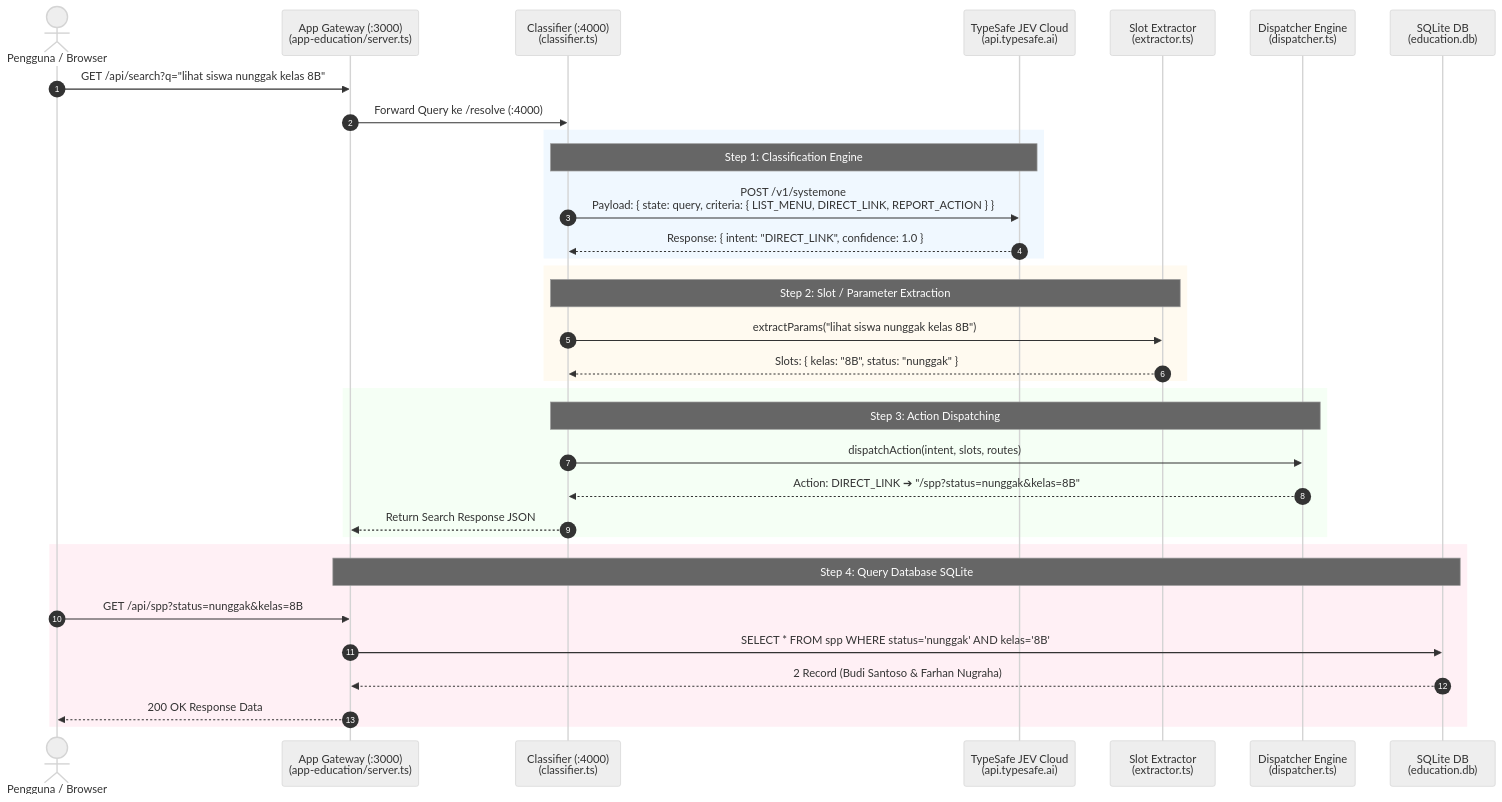
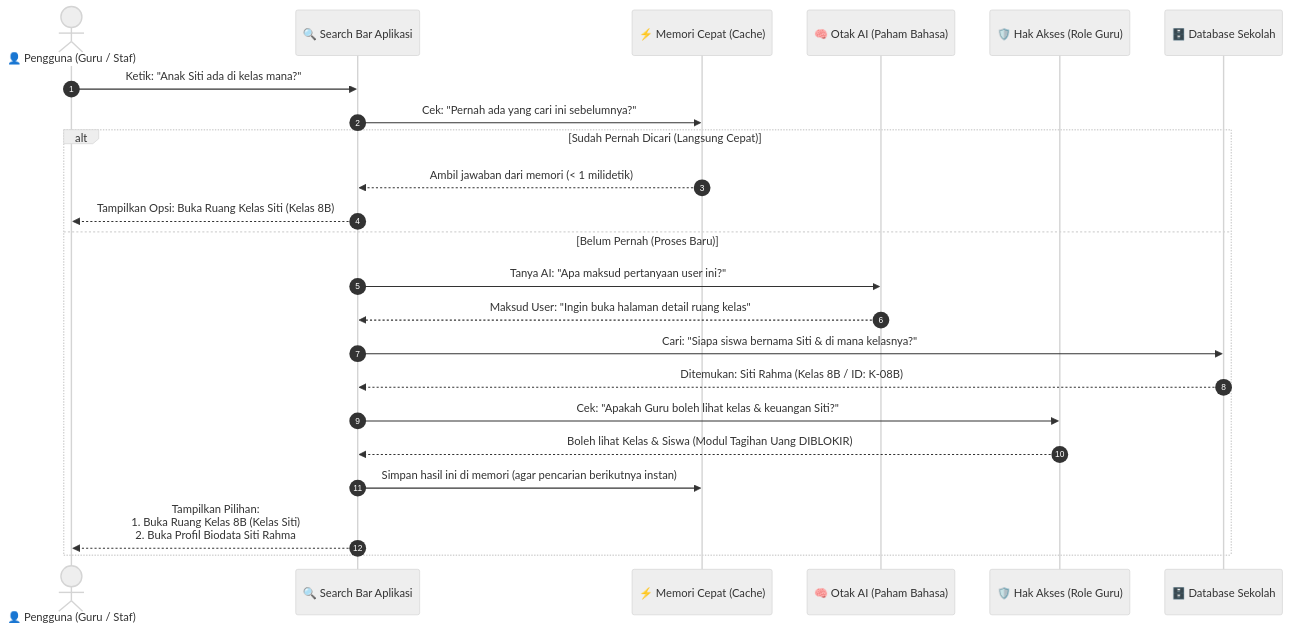
One commit to itzmail/poc-smart-search changed the first of 6 diagrams in docs/POC_SMART_SEARCH.md. Above: the diagram before and after it, drawn with Mermaid (neutral theme). The commit also changed other lines of this file, not shown here.

Commit message:
[main] simplify sequence diagrams with clear non-technical actors and intuitive flows

````diff
--- a/docs/POC_SMART_SEARCH.md
+++ b/docs/POC_SMART_SEARCH.md
@@ -297,41 +66,30 @@
 ```mermaid
 sequenceDiagram
     autonumber
-    actor User as Pengguna / Browser
-    participant Gateway as App Gateway (:3000)<br/>(app-education/server.ts)
-    participant Classifier as Classifier (:4000)<br/>(classifier.ts)
-    participant JEV as TypeSafe JEV Cloud<br/>(api.typesafe.ai)
-    participant Extractor as Slot Extractor<br/>(extractor.ts)
-    participant Dispatcher as Dispatcher Engine<br/>(dispatcher.ts)
-    participant SQLite as SQLite DB<br/>(education.db)
+    actor User as 👤 Pengguna (Guru / Staf)
+    participant SearchBar as 🔍 Search Bar Aplikasi
+    participant Memori as ⚡ Memori Cepat (Cache)
+    participant OtakAI as 🧠 Otak AI (Paham Bahasa)
+    participant IzinAkses as 🛡️ Hak Akses (Role Guru)
+    participant Database as 🗄️ Database Sekolah
 
-    User->>Gateway: GET /api/search?q="lihat siswa nunggak kelas 8B"
-    Gateway->>Classifier: Forward Query ke /resolve (:4000)
+    User->>SearchBar: Ketik: "Anak Siti ada di kelas mana?"
     
-    rect rgb(240, 248, 255)
-        note over Classifier,JEV: Step 1: Classification Engine
-        Classifier->>JEV: POST /v1/systemone<br/>Payload: { state: query, criteria: { LIST_MENU, DIRECT_LINK, REPORT_ACTION } }
-        JEV-->>Classifier: Response: { intent: "DIRECT_LINK", confidence: 1.0 }
-    end
-
-    rect rgb(255, 250, 240)
-        note over Classifier,Extractor: Step 2: Slot / Parameter Extraction
-        Classifier->>Extractor: extractParams("lihat siswa nunggak kelas 8B")
-        Extractor-->>Classifier: Slots: { kelas: "8B", status: "nunggak" }
-    end
-
-    rect rgb(245, 255, 245)
-        note over Classifier,Dispatcher: Step 3: Action Dispatching
-        Classifier->>Dispatcher: dispatchAction(intent, slots, routes)
-        Dispatcher-->>Classifier: Action: DIRECT_LINK ➔ "/spp?status=nunggak&kelas=8B"
-        Classifier-->>Gateway: Return Search Response JSON
-    end
-
-    rect rgb(255, 240, 245)
-        note over Gateway,SQLite: Step 4: Query Database SQLite
-        User->>Gateway: GET /api/spp?status=nunggak&kelas=8B
-        Gateway->>SQLite: SELECT * FROM spp WHERE status='nunggak' AND kelas='8B'
-        SQLite-->>Gateway: 2 Record (Budi Santoso & Farhan Nugraha)
-        Gateway-->>User: 200 OK Response Data
+    SearchBar->>Memori: Cek: "Pernah ada yang cari ini sebelumnya?"
+    alt Sudah Pernah Dicari (Langsung Cepat)
+        Memori-->>SearchBar: Ambil jawaban dari memori (< 1 milidetik)
+        SearchBar-->>User: Tampilkan Opsi: Buka Ruang Kelas Siti (Kelas 8B)
+    else Belum Pernah (Proses Baru)
+        SearchBar->>OtakAI: Tanya AI: "Apa maksud pertanyaan user ini?"
+        OtakAI-->>SearchBar: Maksud User: "Ingin buka halaman detail ruang kelas"
+        
+        SearchBar->>Database: Cari: "Siapa siswa bernama Siti & di mana kelasnya?"
+        Database-->>SearchBar: Ditemukan: Siti Rahma (Kelas 8B / ID: K-08B)
+        
+        SearchBar->>IzinAkses: Cek: "Apakah Guru boleh lihat kelas & keuangan Siti?"
+        IzinAkses-->>SearchBar: Boleh lihat Kelas & Siswa (Modul Tagihan Uang DIBLOKIR)
+        
+        SearchBar->>Memori: Simpan hasil ini di memori (agar pencarian berikutnya instan)
+        SearchBar-->>User: Tampilkan Pilihan:<br/>1. Buka Ruang Kelas 8B (Kelas Siti)<br/>2. Buka Profil Biodata Siti Rahma
     end
 ```
````
